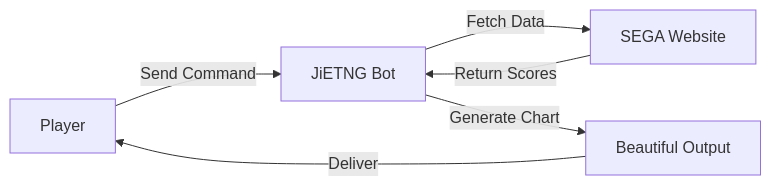
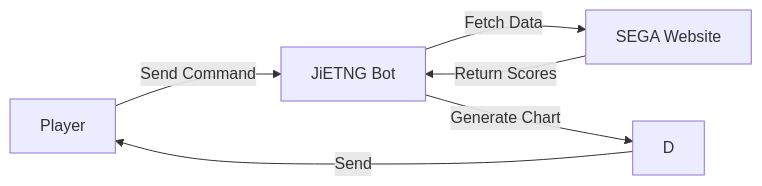
One commit to Matsuk1/JiETNG-maimai-dx-bot changed the diagram in docs/en/guide/introduction.md. Above: the diagram before and after it, drawn with Mermaid. The commit also changed other lines of this file and 40 other files, not shown here.

````diff
--- a/docs/en/guide/introduction.md
+++ b/docs/en/guide/introduction.md
@@ -61,8 +61,8 @@
 ```mermaid
 graph LR
     A[Player] -->|Send Command| B[JiETNG Bot]
     B -->|Fetch Data| C[SEGA Website]
     C -->|Return Scores| B
-    B -->|Generate Chart| D[Beautiful Output]
-    D -->|Deliver| A
+    B -->|Generate Chart| D
+    D -->|Send| A
 ```
````
